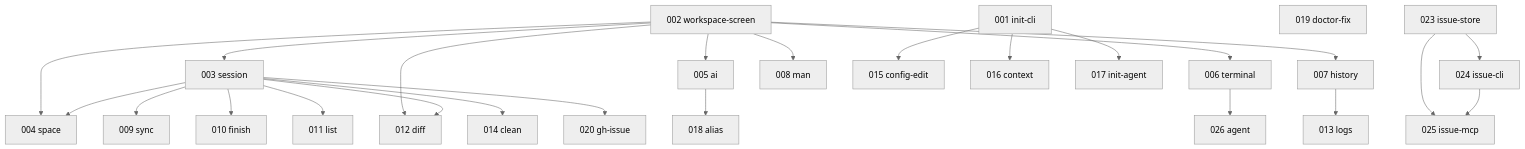
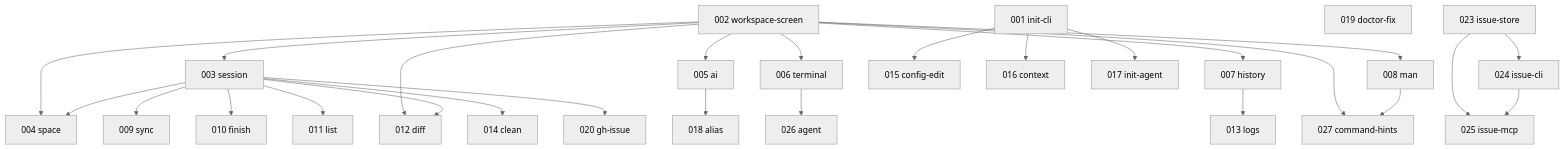
Before and after one commit to kkyosuke/usagi: the diagram in issues/README.md, drawn with Mermaid (neutral theme). The commit also changed other lines of this file and 6 other files, not shown here.

````diff
--- a/issues/README.md
+++ b/issues/README.md
@@ -45,32 +46,34 @@
 ```mermaid
 graph TD
     001[001 init-cli]
     002[002 workspace-screen]
     003[003 session]
     019[019 doctor-fix]
 
     002 --> 003
     002 --> 004[004 space]
     003 --> 004
     002 --> 005[005 ai]
     002 --> 006[006 terminal]
     006 --> 026[026 agent]
     002 --> 007[007 history]
     002 --> 008[008 man]
+    002 --> 027[027 command-hints]
+    008 --> 027
     003 --> 009[009 sync]
     003 --> 010[010 finish]
     003 --> 011[011 list]
     002 --> 012[012 diff]
     003 --> 012
     007 --> 013[013 logs]
     003 --> 014[014 clean]
     001 --> 015[015 config-edit]
     001 --> 016[016 context]
     001 --> 017[017 init-agent]
     005 --> 018[018 alias]
     003 --> 020[020 gh-issue]
     023[023 issue-store]
     023 --> 024[024 issue-cli]
     023 --> 025[025 issue-mcp]
     024 --> 025
 ```
````
